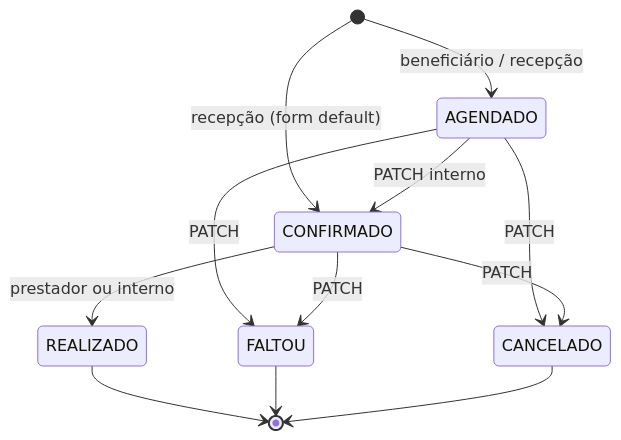
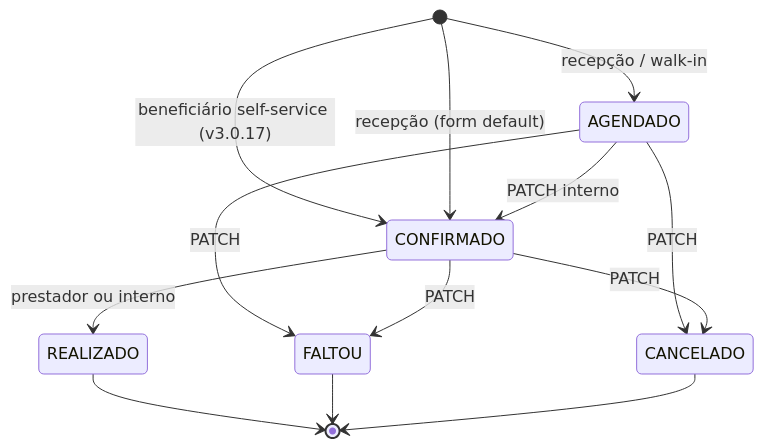
One commit to Piulres/sistema-bibi changed the ninth of 10 diagrams in docs/produto/FLUXOS.md. Above: the diagram before and after it, drawn with Mermaid. The commit also changed other lines of this file and 6 other files, not shown here.

````diff
--- a/docs/produto/FLUXOS.md
+++ b/docs/produto/FLUXOS.md
@@ -782,14 +782,15 @@
 ```mermaid
 stateDiagram-v2
-  [*] --> AGENDADO: beneficiário / recepção
+  [*] --> AGENDADO: recepção / walk-in
+  [*] --> CONFIRMADO: beneficiário self-service (v3.0.17)
   [*] --> CONFIRMADO: recepção (form default)
   AGENDADO --> CONFIRMADO: PATCH interno
   AGENDADO --> CANCELADO: PATCH
   AGENDADO --> FALTOU: PATCH
   CONFIRMADO --> REALIZADO: prestador ou interno
   CONFIRMADO --> FALTOU: PATCH
   CONFIRMADO --> CANCELADO: PATCH
   REALIZADO --> [*]
   FALTOU --> [*]
   CANCELADO --> [*]
 ```
````
